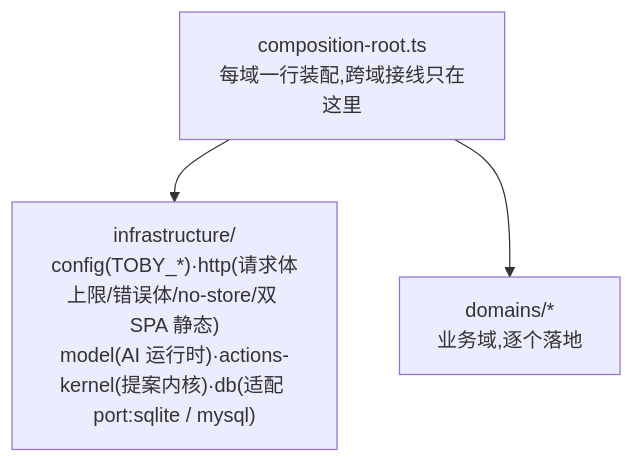
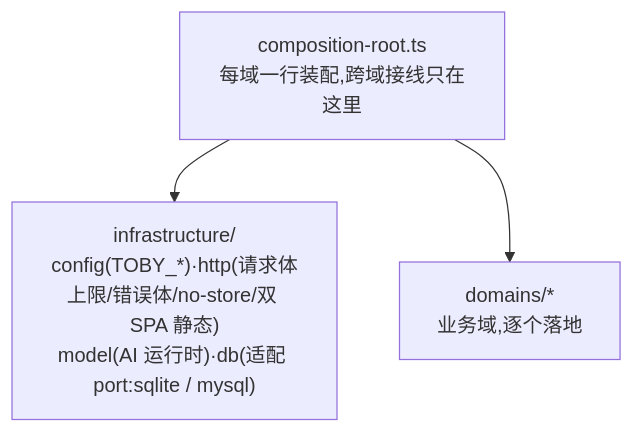
Before and after one commit to dengyusys/toby: the third of 3 diagrams in docs/system-overview.zh.md, drawn with Mermaid. The commit also changed other lines of this file and 86 other files, not shown here.

Commit message:
feat: adopt direct writes, retire actions kernel and revert

````diff
--- a/docs/system-overview.zh.md
+++ b/docs/system-overview.zh.md
@@ -114,8 +104,8 @@
 ```mermaid
 flowchart TB
     BOOT["composition-root.ts<br/>每域一行装配,跨域接线只在这里"]
-    INFRA["infrastructure/<br/>config(TOBY_*)·http(请求体上限/错误体/no-store/双 SPA 静态)<br/>model(AI 运行时)·actions-kernel(提案内核)·db(适配 port:sqlite / mysql)"]
+    INFRA["infrastructure/<br/>config(TOBY_*)·http(请求体上限/错误体/no-store/双 SPA 静态)<br/>model(AI 运行时)·db(适配 port:sqlite / mysql)"]
     DOM["domains/*<br/>业务域,逐个落地"]
     BOOT --> INFRA
     BOOT --> DOM
 ```
````
